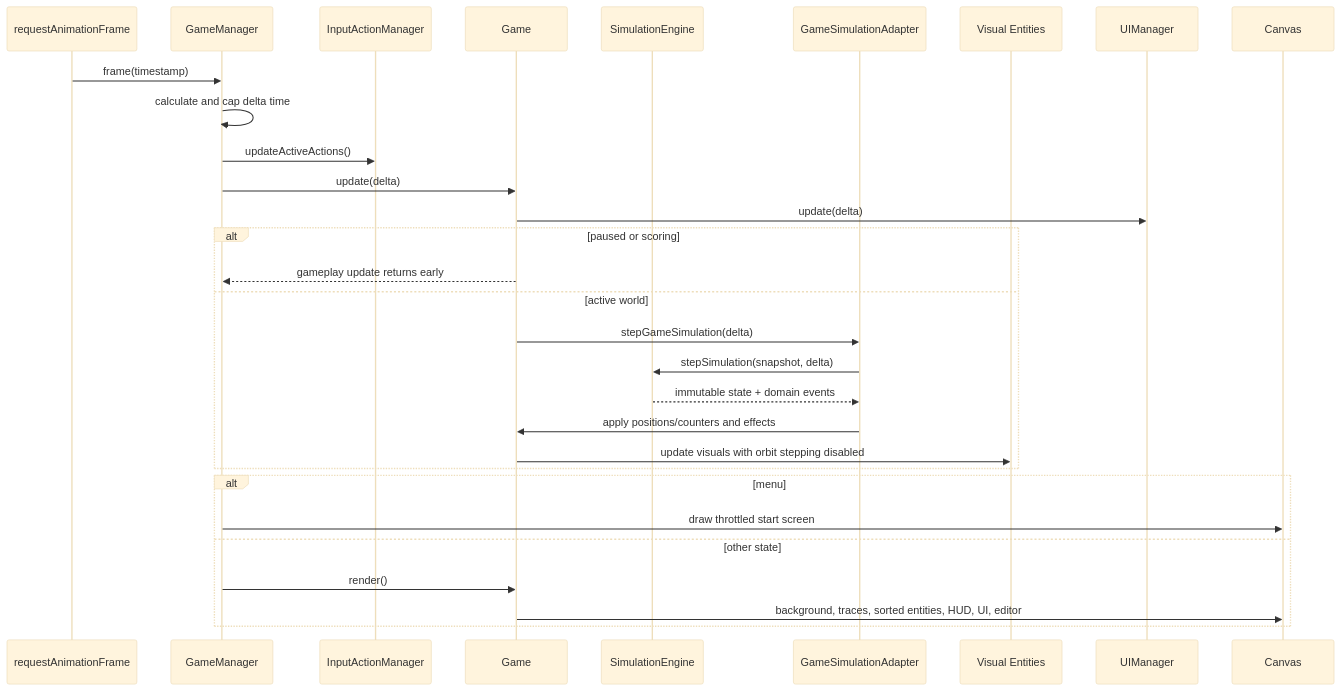
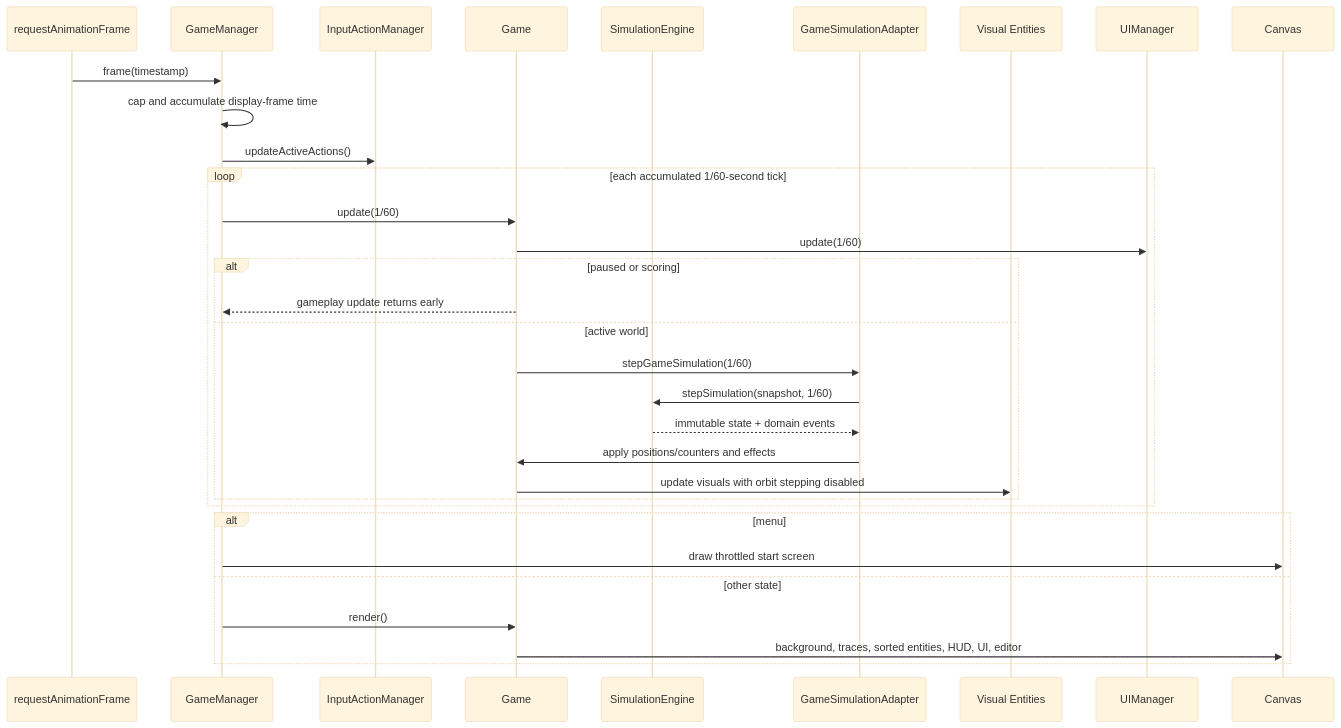
The fifth of 15 diagrams in ARCHITECTURE.md (Newah1/SpacedPenguin), drawn with Mermaid (base theme) before and after one commit. The commit also changed other lines of this file and 20 other files, not shown here.

````diff
--- a/ARCHITECTURE.md
+++ b/ARCHITECTURE.md
@@ -197,33 +197,35 @@
 ```mermaid
 sequenceDiagram
     participant RAF as requestAnimationFrame
     participant GM as GameManager
     participant IA as InputActionManager
     participant G as Game
     participant S as SimulationEngine
     participant A as GameSimulationAdapter
     participant E as Visual Entities
     participant UI as UIManager
     participant C as Canvas
 
     RAF->>GM: frame(timestamp)
-    GM->>GM: calculate and cap delta time
+    GM->>GM: cap and accumulate display-frame time
     GM->>IA: updateActiveActions()
-    GM->>G: update(delta)
-    G->>UI: update(delta)
-    alt paused or scoring
-        G-->>GM: gameplay update returns early
-    else active world
-        G->>A: stepGameSimulation(delta)
-        A->>S: stepSimulation(snapshot, delta)
-        S-->>A: immutable state + domain events
-        A->>G: apply positions/counters and effects
-        G->>E: update visuals with orbit stepping disabled
+    loop each accumulated 1/60-second tick
+        GM->>G: update(1/60)
+        G->>UI: update(1/60)
+        alt paused or scoring
+            G-->>GM: gameplay update returns early
+        else active world
+            G->>A: stepGameSimulation(1/60)
+            A->>S: stepSimulation(snapshot, 1/60)
+            S-->>A: immutable state + domain events
+            A->>G: apply positions/counters and effects
+            G->>E: update visuals with orbit stepping disabled
+        end
     end
     alt menu
         GM->>C: draw throttled start screen
     else other state
         GM->>G: render()
         G->>C: background, traces, sorted entities, HUD, UI, editor
     end
 ```
````
